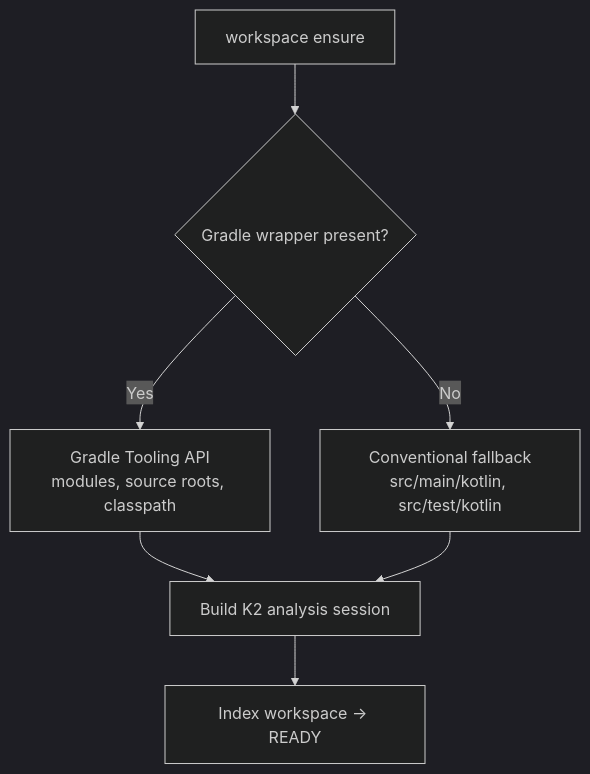
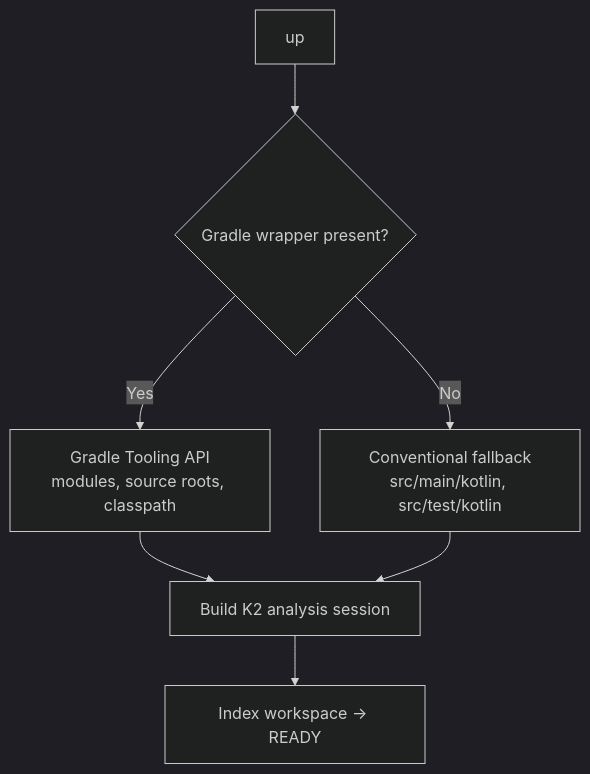
The third of 3 diagrams in docs/architecture/how-it-works.md (amichne/kast), drawn with Mermaid (dark theme) before and after one commit. The commit also changed other lines of this file and 32 other files, not shown here.

````diff
--- a/docs/architecture/how-it-works.md
+++ b/docs/architecture/how-it-works.md
@@ -194,9 +194,9 @@
 ```mermaid
 flowchart TD
-    A["workspace ensure"] --> B{"Gradle wrapper present?"}
+    A["up"] --> B{"Gradle wrapper present?"}
     B -->|Yes| C["Gradle Tooling API<br/>modules, source roots, classpath"]
     B -->|No| D["Conventional fallback<br/>src/main/kotlin, src/test/kotlin"]
     C --> E["Build K2 analysis session"]
     D --> E
     E --> F["Index workspace → READY"]
 ```
````
